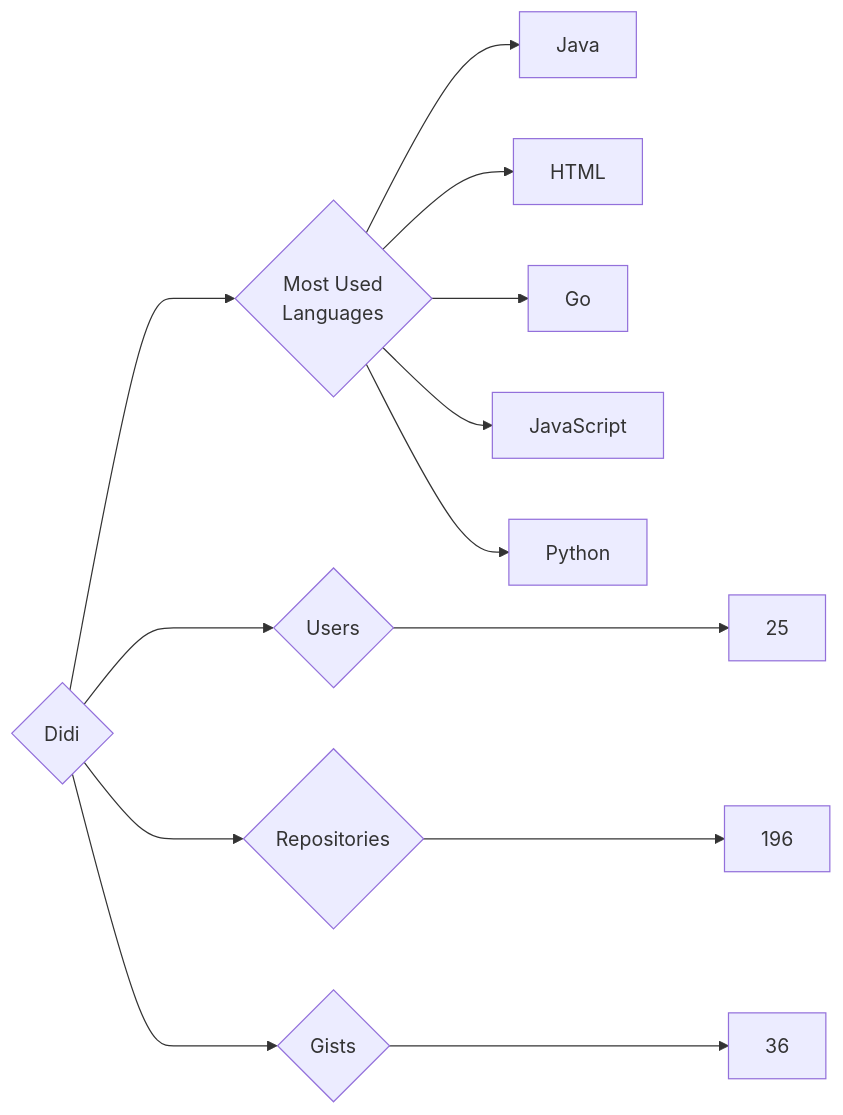
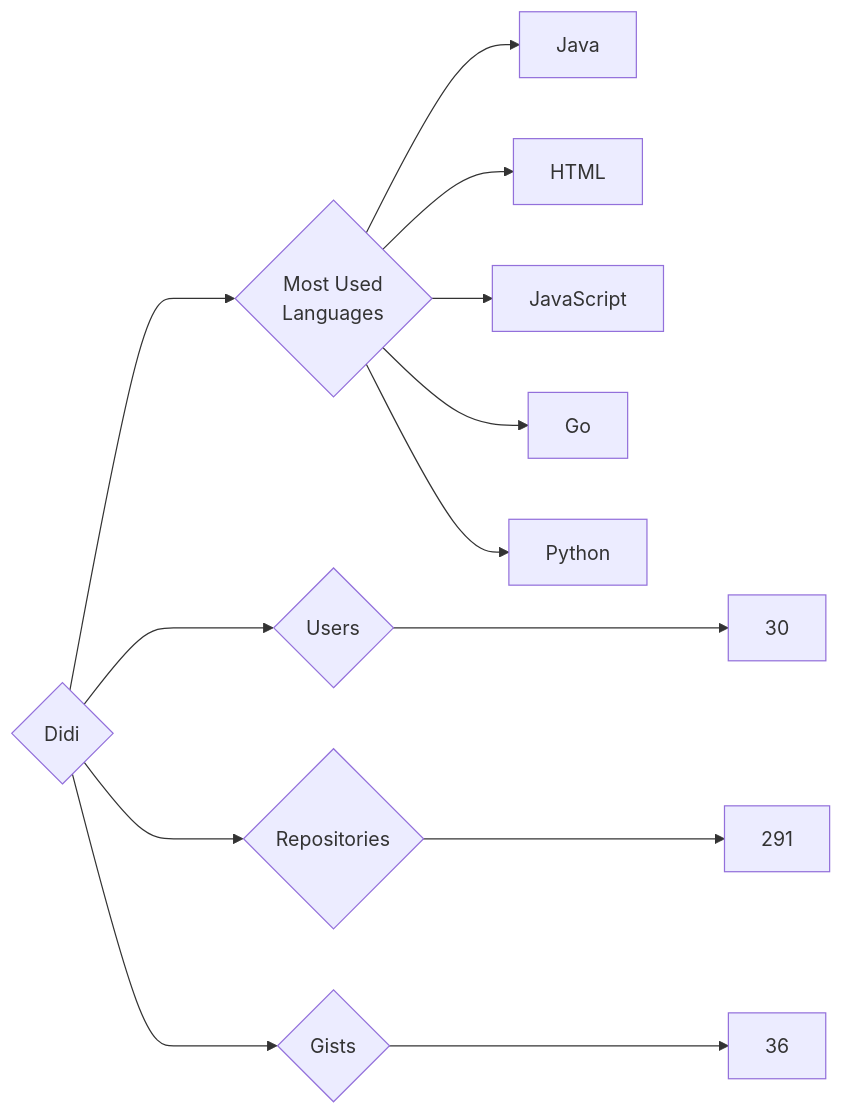
Before and after one commit to trickest/insiders: the diagram in targets/Didi/README.md, drawn with Mermaid. The commit also changed 749 other files, not shown here.

````diff
--- a/targets/Didi/README.md
+++ b/targets/Didi/README.md
@@ -3,13 +3,13 @@
 ```mermaid
 graph LR
 COMPANY_NAME{Didi}
-COMPANY_NAME ---> U{Users} ---> UN[25]
-COMPANY_NAME ---> R{Repositories} ---> RN[196]
+COMPANY_NAME ---> U{Users} ---> UN[30]
+COMPANY_NAME ---> R{Repositories} ---> RN[291]
 COMPANY_NAME ---> G{Gists} ---> GN[36]
 COMPANY_NAME ---> ML{Most Used<br>Languages}
 ML --> Java[Java]
 ML --> HTML[HTML]
+ML --> JavaScript[JavaScript]
 ML --> Go[Go]
-ML --> JavaScript[JavaScript]
 ML --> Python[Python]
 ```
````
